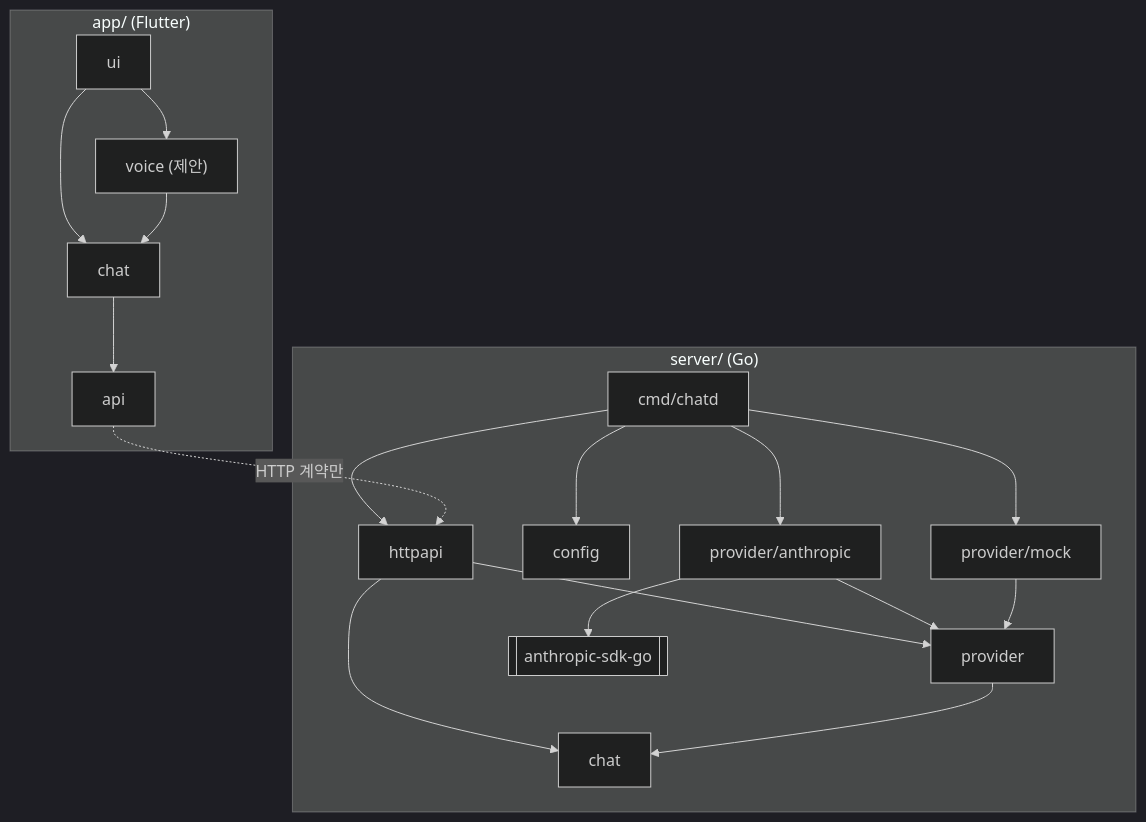
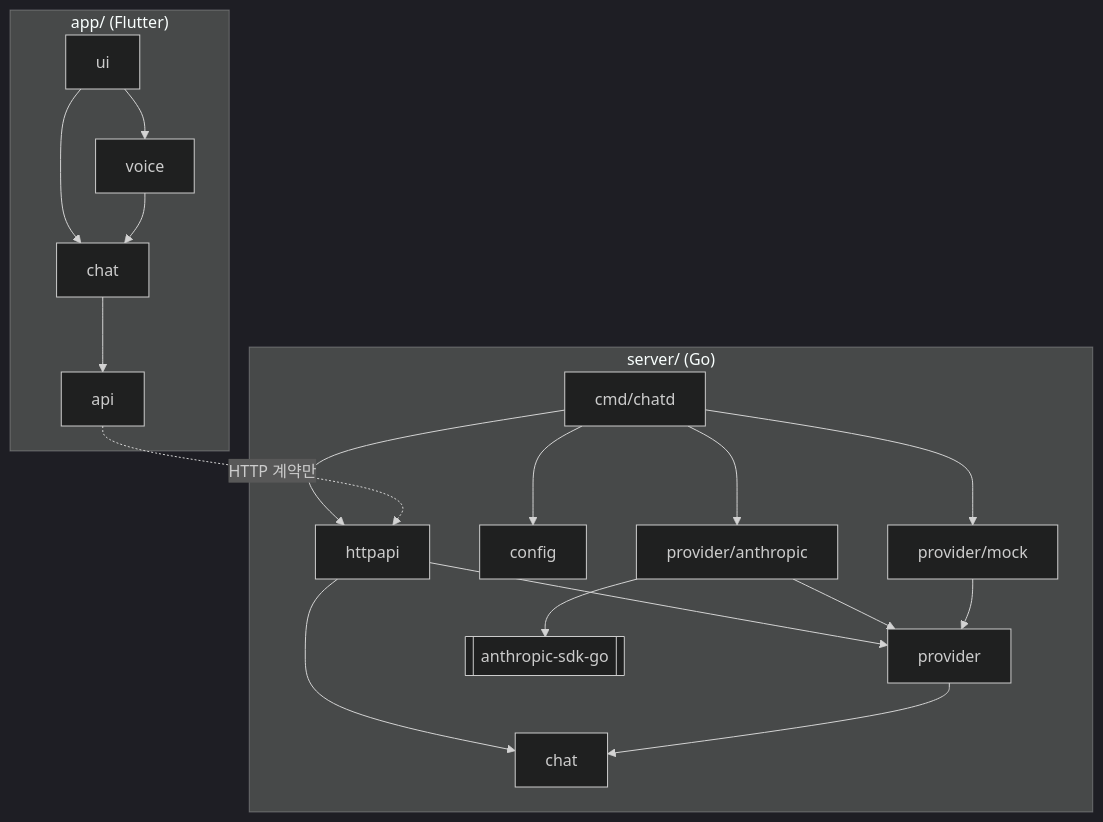
The third of 8 diagrams in ARCHITECTURE.md (kimtaesung98/ai-agent-chat-demo), drawn with Mermaid (dark theme) before and after one commit. The commit also changed other lines of this file and 39 other files, not shown here.

````diff
--- a/ARCHITECTURE.md
+++ b/ARCHITECTURE.md
@@ -194,22 +194,22 @@
 ```mermaid
 flowchart TD
     subgraph Server ["server/ (Go)"]
         CMD[cmd/chatd] --> HTTP[httpapi]
         CMD --> CFG[config]
         CMD --> ANT[provider/anthropic]
         CMD --> MOCK[provider/mock]
         HTTP --> PROV[provider]
         HTTP --> CHAT[chat]
         ANT --> PROV
         MOCK --> PROV
         PROV --> CHAT
         ANT --> SDK[["anthropic-sdk-go"]]
     end
     subgraph App ["app/ (Flutter)"]
         UI[ui] --> CTRL[chat]
-        UI --> VOICE["voice (제안)"]
+        UI --> VOICE[voice]
         VOICE --> CTRL
         CTRL --> API[api]
     end
     API -.->|"HTTP 계약만"| HTTP
 ```
````
